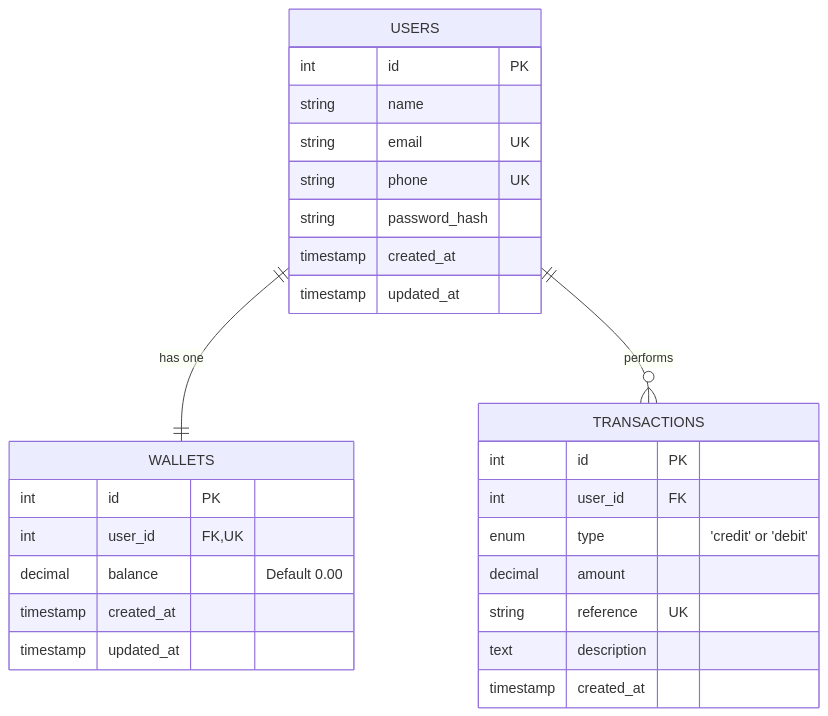
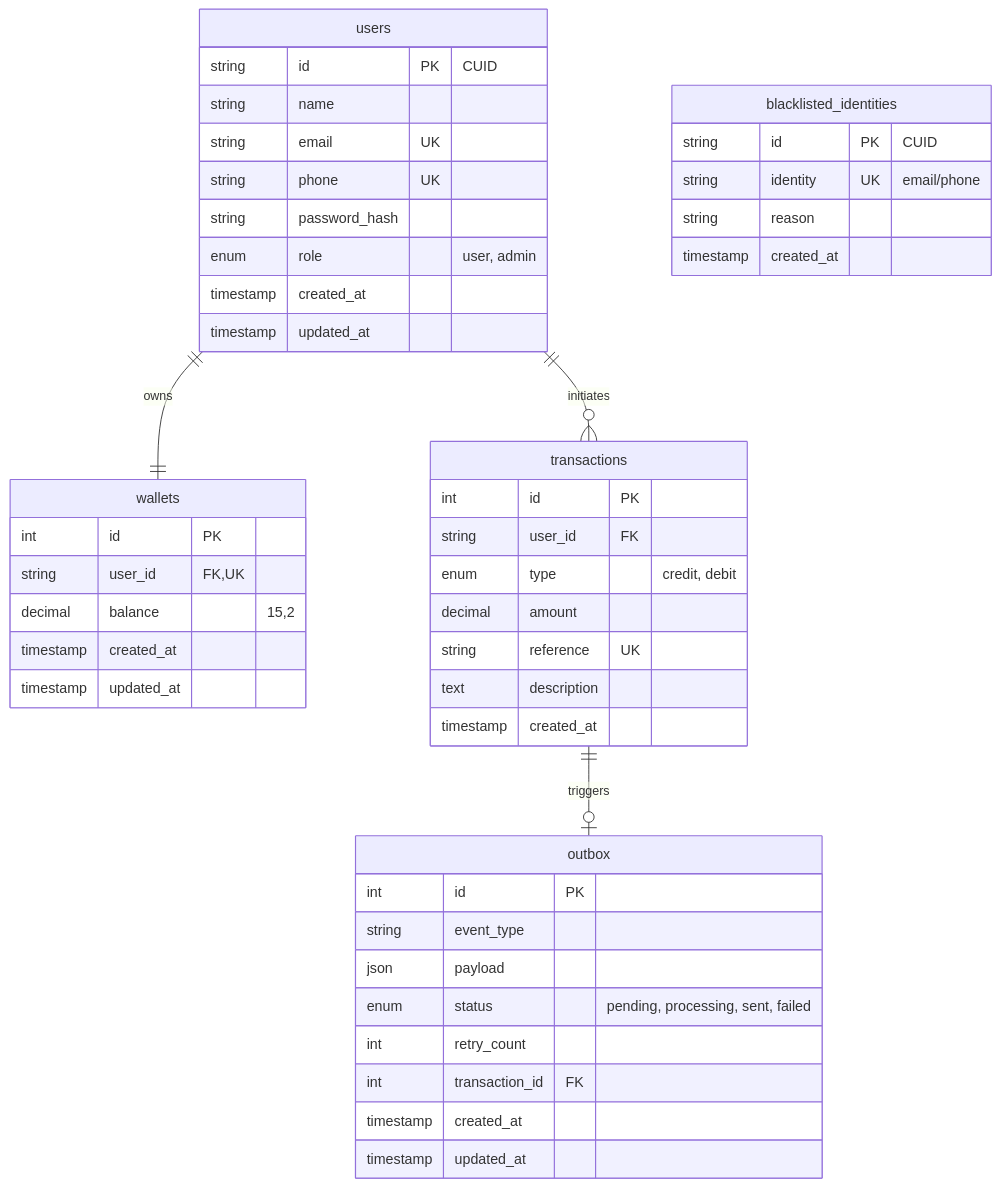
Before and after one commit to sirlawglobal/Lendsqr_Wallet: the diagram in README.md, drawn with Mermaid. The commit also changed other lines of this file and 7 other files, not shown here.

````diff
--- a/README.md
+++ b/README.md
@@ -27,33 +31,53 @@
 ```mermaid
 erDiagram
-    USERS ||--|| WALLETS : "has one"
-    USERS ||--o{ TRANSACTIONS : "performs"
-
-    USERS {
-        int id PK
+    users ||--|| wallets : "owns"
+    users ||--o{ transactions : "initiates"
+    transactions ||--o| outbox : "triggers"
+    
+    users {
+        string id PK "CUID"
         string name
         string email UK
         string phone UK
         string password_hash
+        enum role "user, admin"
         timestamp created_at
         timestamp updated_at
     }
 
-    WALLETS {
+    wallets {
         int id PK
-        int user_id FK, UK
-        decimal balance "Default 0.00"
+        string user_id FK, UK
+        decimal balance "15,2"
         timestamp created_at
         timestamp updated_at
     }
 
-    TRANSACTIONS {
+    transactions {
         int id PK
-        int user_id FK
-        enum type "'credit' or 'debit'"
+        string user_id FK
+        enum type "credit, debit"
         decimal amount
         string reference UK
         text description
         timestamp created_at
     }
+
+    outbox {
+        int id PK
+        string event_type
+        json payload
+        enum status "pending, processing, sent, failed"
+        int retry_count
+        int transaction_id FK
+        timestamp created_at
+        timestamp updated_at
+    }
+
+    blacklisted_identities {
+        string id PK "CUID"
+        string identity UK "email/phone"
+        string reason
+        timestamp created_at
+    }
 ```
````
